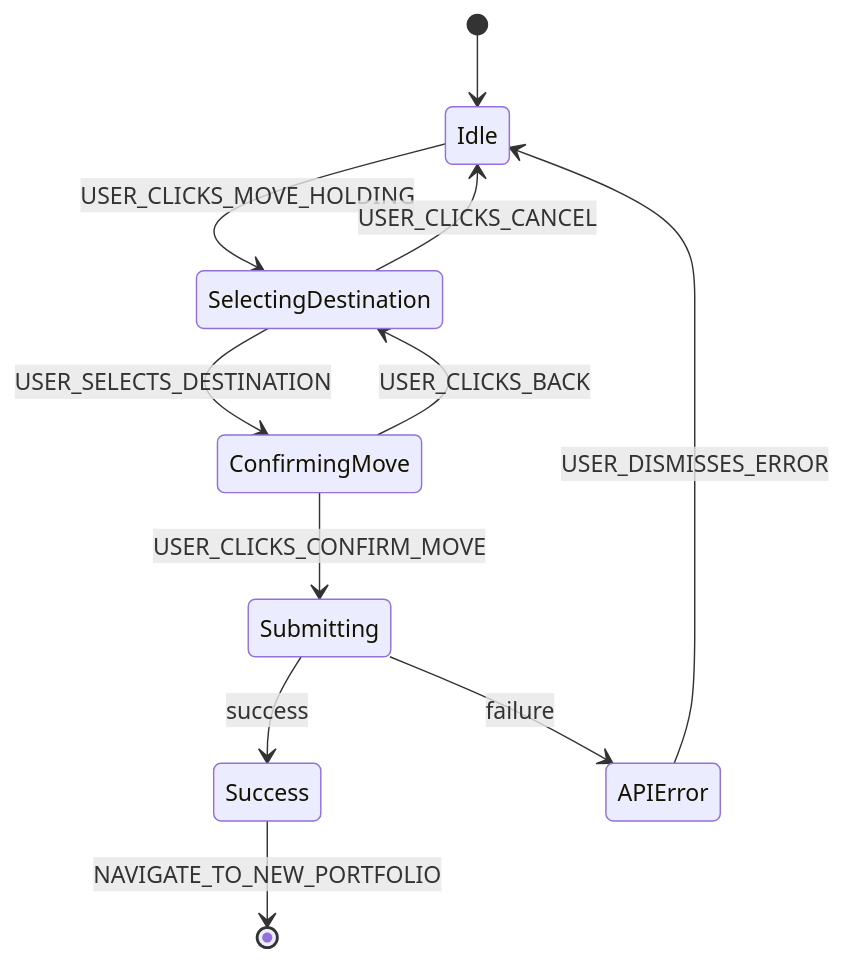
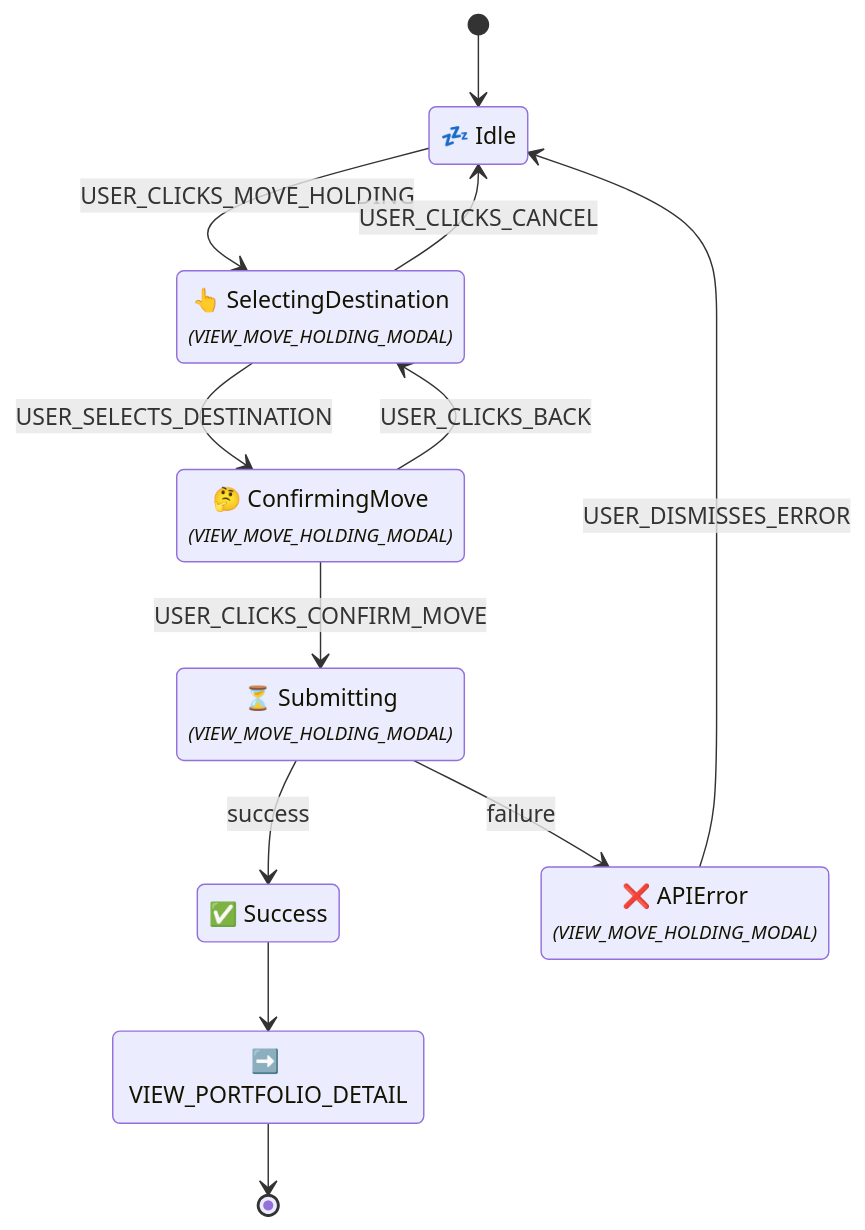
Before and after one commit to enzhao/Sentinel: diagram 21 of 60 in product_spec.md, drawn with Mermaid. The commit also changed other lines of this file and 3 other files, not shown here.

First line of the commit message:
docs(spec): refine and clarify UI flow specifications

````diff
--- a/product_spec.md
+++ b/product_spec.md
@@ -1078,13 +1205,22 @@
 ```mermaid
 stateDiagram-v2
+    %% Flow ID: FLOW_MOVE_HOLDING_MANUAL
     [*] --> Idle
+    state "💤 Idle" as Idle
     Idle --> SelectingDestination : USER_CLICKS_MOVE_HOLDING
+    state "👆 SelectingDestination<br/><font size="2"><i>(VIEW_MOVE_HOLDING_MODAL)</i></font>" as SelectingDestination
+    SelectingDestination --> ConfirmingMove : USER_SELECTS_DESTINATION
     SelectingDestination --> Idle : USER_CLICKS_CANCEL
-    SelectingDestination --> ConfirmingMove : USER_SELECTS_DESTINATION
+    state "🤔 ConfirmingMove<br/><font size="2"><i>(VIEW_MOVE_HOLDING_MODAL)</i></font>" as ConfirmingMove
+    ConfirmingMove --> Submitting : USER_CLICKS_CONFIRM_MOVE
     ConfirmingMove --> SelectingDestination : USER_CLICKS_BACK
-    ConfirmingMove --> Submitting : USER_CLICKS_CONFIRM_MOVE
+    state "⏳ Submitting<br/><font size="2"><i>(VIEW_MOVE_HOLDING_MODAL)</i></font>" as Submitting
     Submitting --> Success : success
     Submitting --> APIError : failure
+    state "✅ Success" as Success
+    state "➡️ VIEW_PORTFOLIO_DETAIL" as Success_exit_action
+    Success --> Success_exit_action
+    Success_exit_action --> [*]
+    state "❌ APIError<br/><font size="2"><i>(VIEW_MOVE_HOLDING_MODAL)</i></font>" as APIError
     APIError --> Idle : USER_DISMISSES_ERROR
-    Success --> [*] : NAVIGATE_TO_NEW_PORTFOLIO
 ```
````
